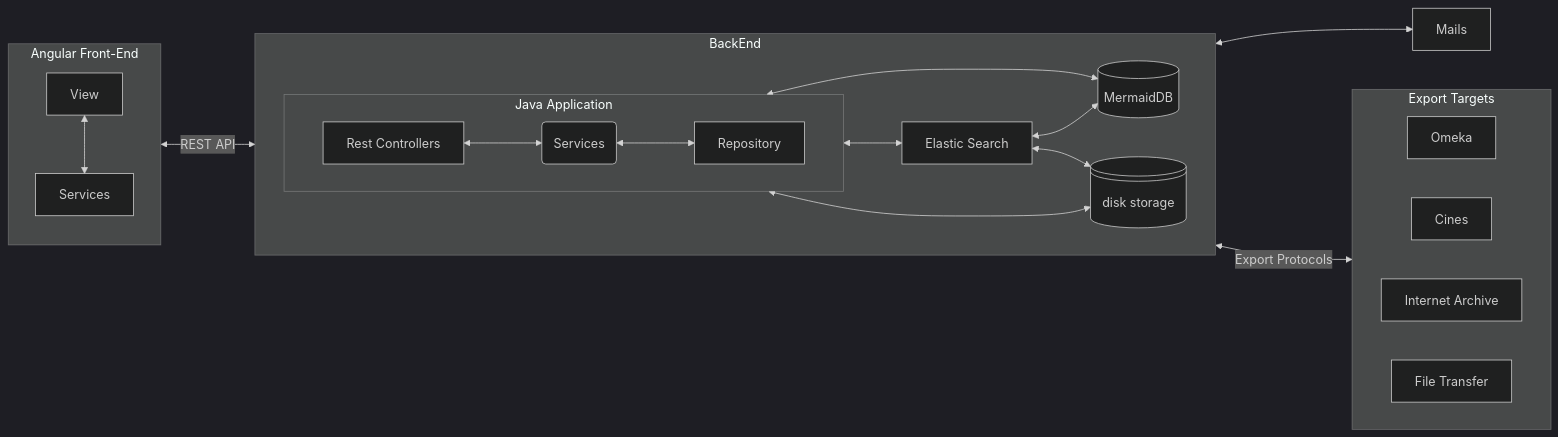
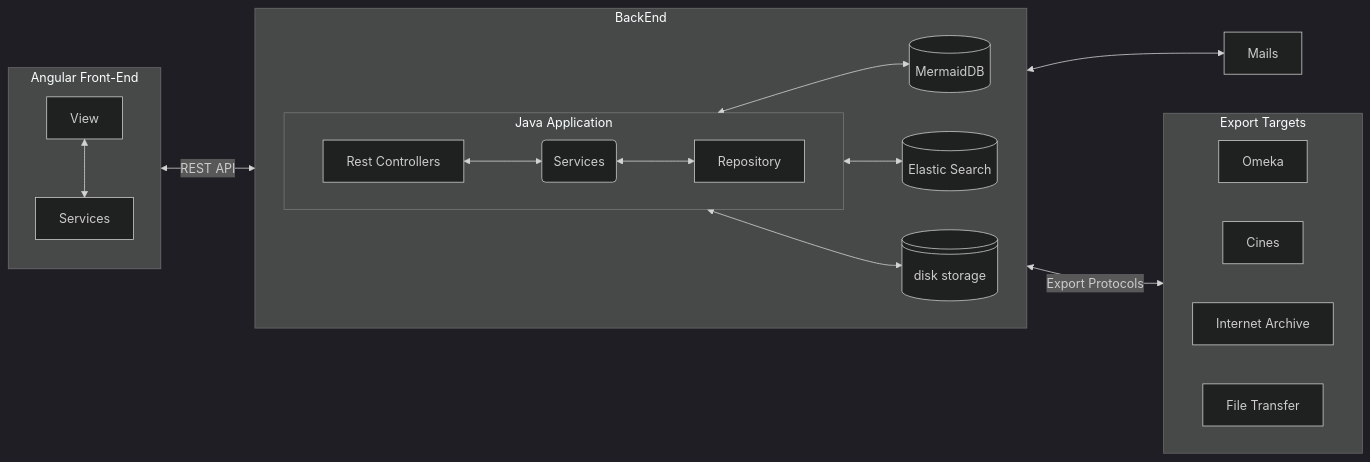
Before and after one commit to NumaHOP/Documentation: the diagram in src/code/index.md, drawn with Mermaid (dark theme). The commit also changed 10 other files, not shown here.

````diff
--- a/src/code/index.md
+++ b/src/code/index.md
@@ -3,42 +3,40 @@
 ```mermaid
 flowchart LR
 
     subgraph fr[Angular Front-End]
         direction TB
         fr-view[View] 
         fr-ser[Services]
     end
 
     smtp[Mails]
     subgraph be[BackEnd]
         direction LR
         subgraph java[Java Application]
             direction LR;
             cont[Rest Controllers]
             ser(Services)
             rep[Repository]
         end
-        es[Elastic Search]
+        es[(Elastic Search)]
         db[("MermaidDB")]
         fs@{ shape: lin-cyl, label: "disk storage"}
     end
     subgraph exp[Export Targets]
         direction LR
         omeka[Omeka]
         cines[Cines]
         archive[Internet Archive]
         sftp[File Transfer]
     end
     fr-view <--> fr-ser
     fr-ser <--> |REST API| cont
 
     cont <--> ser 
 
     ser <--> smtp
     ser <--> rep 
     ser <--> |Export Protocols| exp
 
-    rep <--> db
-    rep <--> es <--> db & fs
-    rep <--> fs
+    rep <--> db & es & fs
 ```
````
